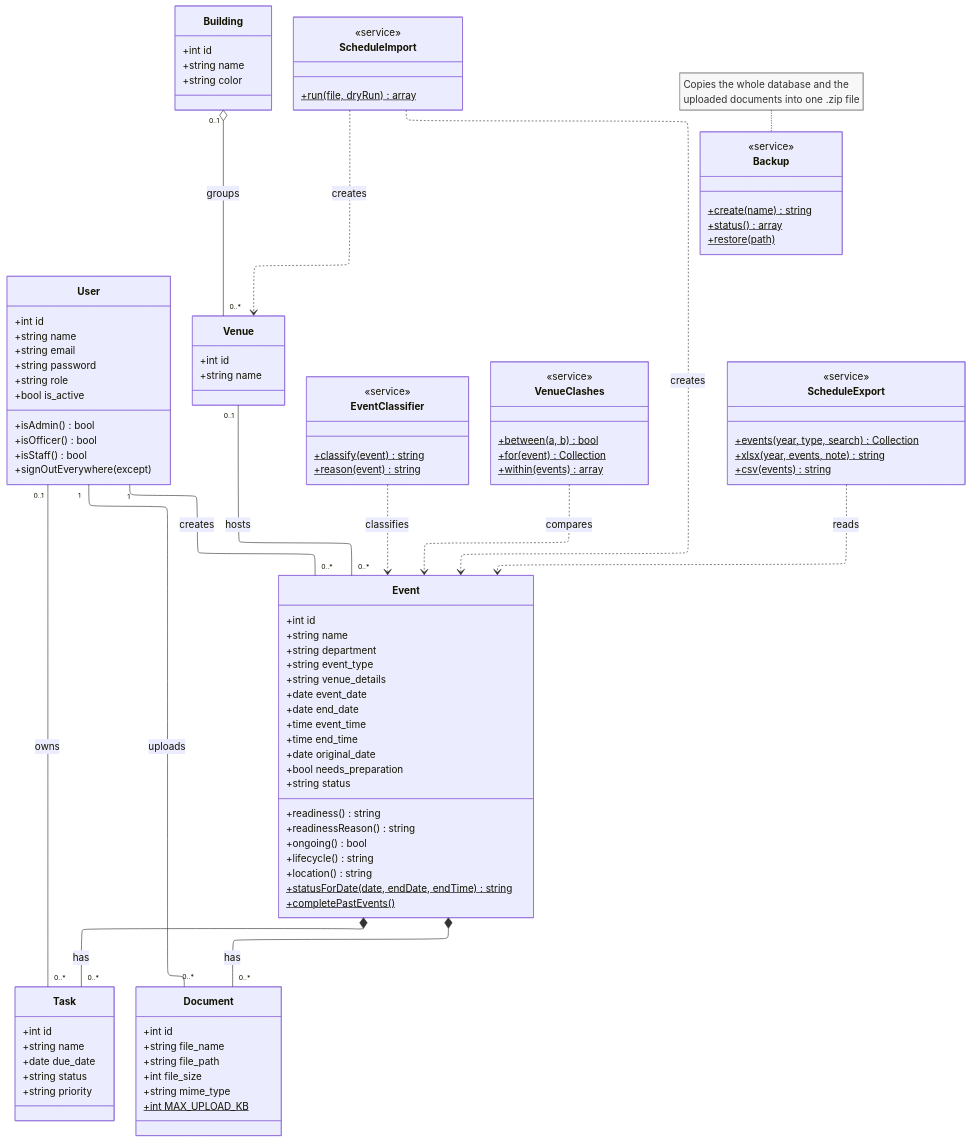
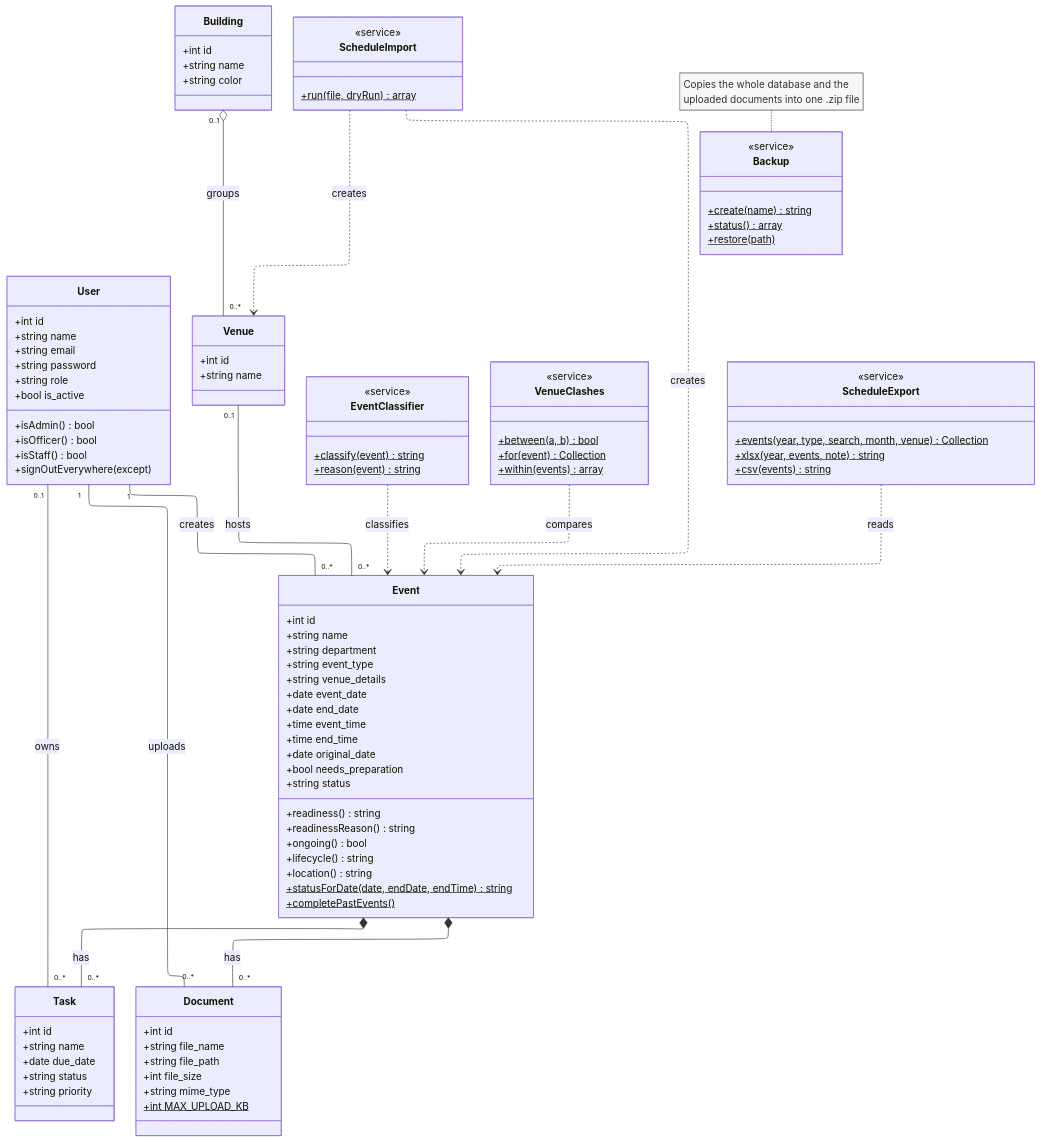
The diagram in docs/paper/diagrams/src/class-diagram.mmd (XyroneKyleYlanan/EMO-Tracker), drawn with Mermaid before and after one commit. The commit also changed 3 other files, not shown here.

Commit message:
Update the class diagram for the month and venue export, and add the clean Appendix D code file

```diff
--- a/docs/paper/diagrams/src/class-diagram.mmd
+++ b/docs/paper/diagrams/src/class-diagram.mmd
@@ -1,112 +1,112 @@
 ---
 config:
   layout: elk
   elk:
     nodePlacementStrategy: NETWORK_SIMPLEX
   class:
     hideEmptyMembersBox: true
   themeVariables:
     noteBkgColor: "#f7f7f7"
     noteTextColor: "#333333"
     noteBorderColor: "#999999"
 ---
 classDiagram
     direction TB
     class User {
         +int id
         +string name
         +string email
         +string password
         +string role
         +bool is_active
         +isAdmin() bool
         +isOfficer() bool
         +isStaff() bool
         +signOutEverywhere(except)
     }
     class Event {
         +int id
         +string name
         +string department
         +string event_type
         +string venue_details
         +date event_date
         +date end_date
         +time event_time
         +time end_time
         +date original_date
         +bool needs_preparation
         +string status
         +readiness() string
         +readinessReason() string
         +ongoing() bool
         +lifecycle() string
         +location() string
         +statusForDate(date, endDate, endTime)$ string
         +completePastEvents()$
     }
     class Task {
         +int id
         +string name
         +date due_date
         +string status
         +string priority
     }
     class Document {
         +int id
         +string file_name
         +string file_path
         +int file_size
         +string mime_type
         +int MAX_UPLOAD_KB$
     }
     class Venue {
         +int id
         +string name
     }
     class Building {
         +int id
         +string name
         +string color
     }
     class EventClassifier {
         <<service>>
         +classify(event)$ string
         +reason(event)$ string
     }
     class VenueClashes {
         <<service>>
         +between(a, b)$ bool
         +for(event)$ Collection
         +within(events)$ array
     }
     class ScheduleImport {
         <<service>>
         +run(file, dryRun)$ array
     }
     class ScheduleExport {
         <<service>>
-        +events(year, type, search)$ Collection
+        +events(year, type, search, month, venue)$ Collection
         +xlsx(year, events, note)$ string
         +csv(events)$ string
     }
     class Backup {
         <<service>>
         +create(name)$ string
         +status()$ array
         +restore(path)$
     }
     User "1" -- "0..*" Event : creates
     User "0..1" -- "0..*" Task : owns
     User "1" -- "0..*" Document : uploads
     %% A filled diamond (composition) already means each part belongs to exactly one Event.
     Event *-- "0..*" Task : has
     Event *-- "0..*" Document : has
     Venue "0..1" -- "0..*" Event : hosts
     Building "0..1" o-- "0..*" Venue : groups
     EventClassifier ..> Event : classifies
     VenueClashes ..> Event : compares
     ScheduleImport ..> Event : creates
     ScheduleImport ..> Venue : creates
     ScheduleExport ..> Event : reads
     note for Backup "Copies the whole database and the<br>uploaded documents into one .zip file"
```
